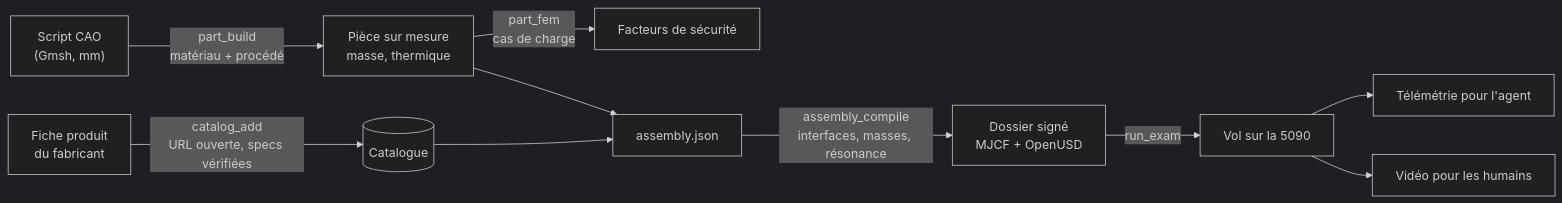
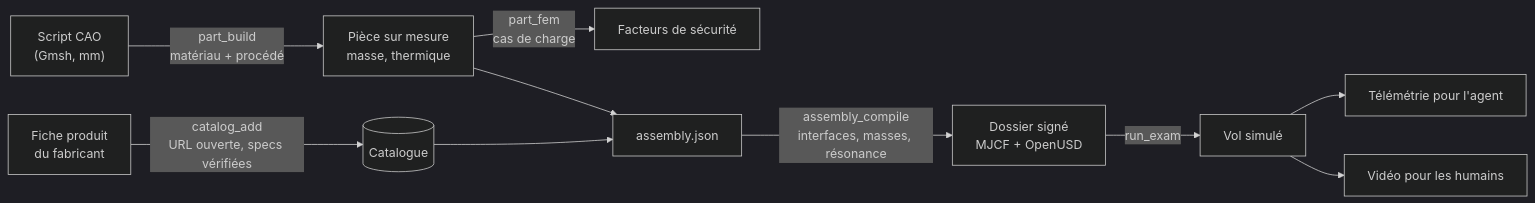
The diagram in docs/diagrams/atelier.mmd (Gougnafier/dronelab), drawn with Mermaid (dark theme) before and after one commit. The commit also changed 9 other files, not shown here.

```diff
--- a/docs/diagrams/atelier.mmd
+++ b/docs/diagrams/atelier.mmd
@@ -1,8 +1,8 @@
 flowchart LR
     PAGE["Fiche produit<br/>du fabricant"] -->|"catalog_add<br/>URL ouverte, specs vérifiées"| CAT[("Catalogue")]
     CAD["Script CAO<br/>(Gmsh, mm)"] -->|"part_build<br/>matériau + procédé"| PART["Pièce sur mesure<br/>masse, thermique"]
     PART -->|"part_fem<br/>cas de charge"| FEMR["Facteurs de sécurité"]
     CAT & PART --> ASM["assembly.json"] -->|"assembly_compile<br/>interfaces, masses, résonance"| DESIGN["Dossier signé<br/>MJCF + OpenUSD"]
-    DESIGN -->|"run_exam"| FLIGHT["Vol sur la 5090"]
+    DESIGN -->|"run_exam"| FLIGHT["Vol simulé"]
     FLIGHT --> TEL["Télémétrie pour l'agent"]
     FLIGHT --> VID["Vidéo pour les humains"]
```
